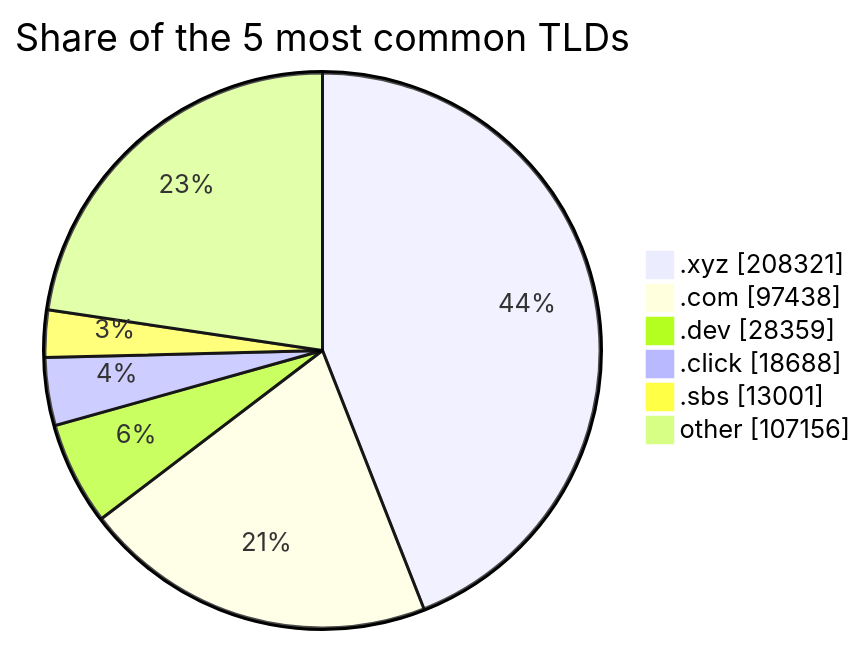
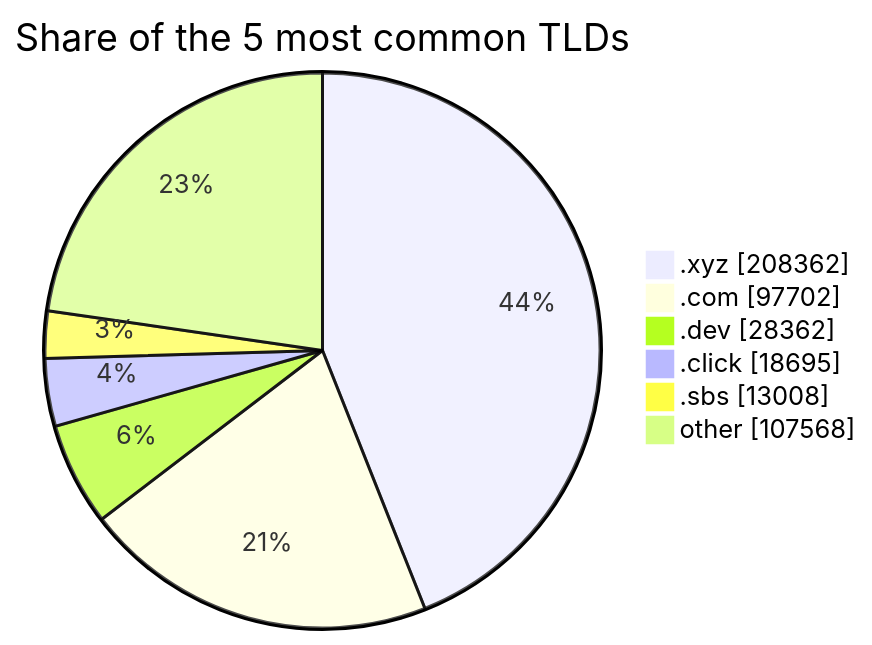
One commit to DNSBunker/CTI changed the second of 2 diagrams in README.md. Above: the diagram before and after it, drawn with Mermaid. The commit also changed other lines of this file and 3 other files, not shown here.

````diff
--- a/README.md
+++ b/README.md
@@ -72,9 +72,9 @@
 ```mermaid
 pie showData title Share of the 5 most common TLDs
-    ".xyz" : 208321
-    ".com" : 97438
-    ".dev" : 28359
-    ".click" : 18688
-    ".sbs" : 13001
-    "other" : 107156
+    ".xyz" : 208362
+    ".com" : 97702
+    ".dev" : 28362
+    ".click" : 18695
+    ".sbs" : 13008
+    "other" : 107568
 ```
````
